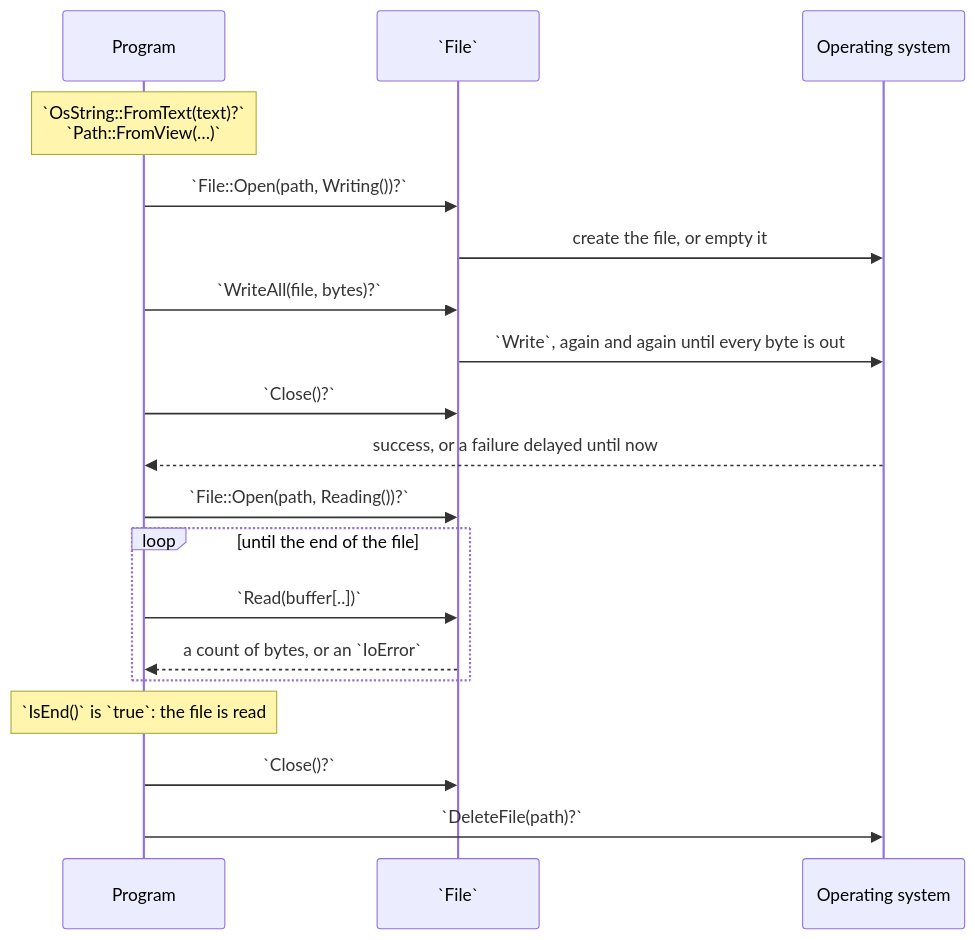
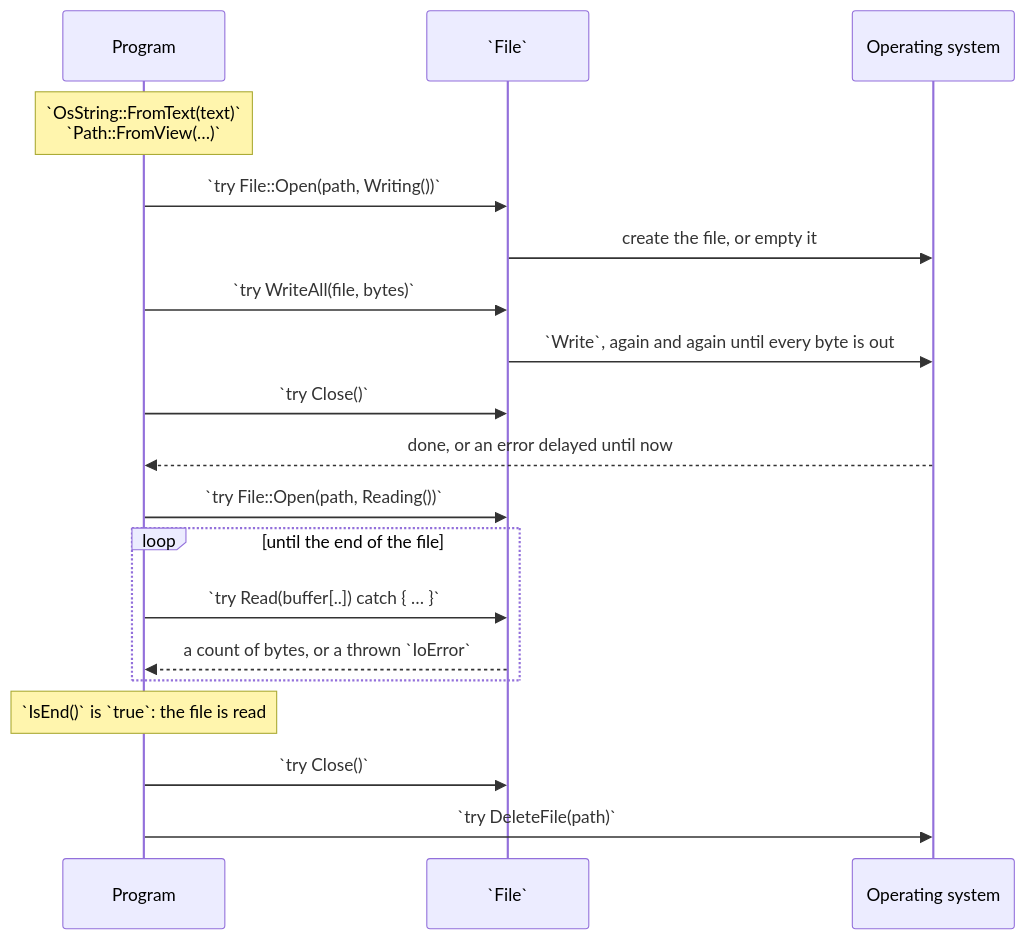
Before and after one commit to rux-lang/Web: the diagram in content/docs/1.learn/19.files/00.index.md, drawn with Mermaid. The commit also changed other lines of this file and 736 other files, not shown here.

````diff
--- a/content/docs/1.learn/19.files/00.index.md
+++ b/content/docs/1.learn/19.files/00.index.md
@@ -27,21 +27,21 @@
 ```mermaid
 sequenceDiagram
     participant P as Program
     participant F as `File`
     participant OS as Operating system
-    Note over P: `OsString::FromText(text)?`<br/>`Path::FromView(…)`
-    P->>F: `File::Open(path, Writing())?`
+    Note over P: `OsString::FromText(text)`<br/>`Path::FromView(…)`
+    P->>F: `try File::Open(path, Writing())`
     F->>OS: create the file, or empty it
-    P->>F: `WriteAll(file, bytes)?`
+    P->>F: `try WriteAll(file, bytes)`
     F->>OS: `Write`, again and again until every byte is out
-    P->>F: `Close()?`
-    OS-->>P: success, or a failure delayed until now
-    P->>F: `File::Open(path, Reading())?`
+    P->>F: `try Close()`
+    OS-->>P: done, or an error delayed until now
+    P->>F: `try File::Open(path, Reading())`
     loop until the end of the file
-        P->>F: `Read(buffer[..])`
-        F-->>P: a count of bytes, or an `IoError`
+        P->>F: `try Read(buffer[..]) catch { … }`
+        F-->>P: a count of bytes, or a thrown `IoError`
     end
     Note over P: `IsEnd()` is `true`: the file is read
-    P->>F: `Close()?`
-    P->>OS: `DeleteFile(path)?`
+    P->>F: `try Close()`
+    P->>OS: `try DeleteFile(path)`
 ```
````
